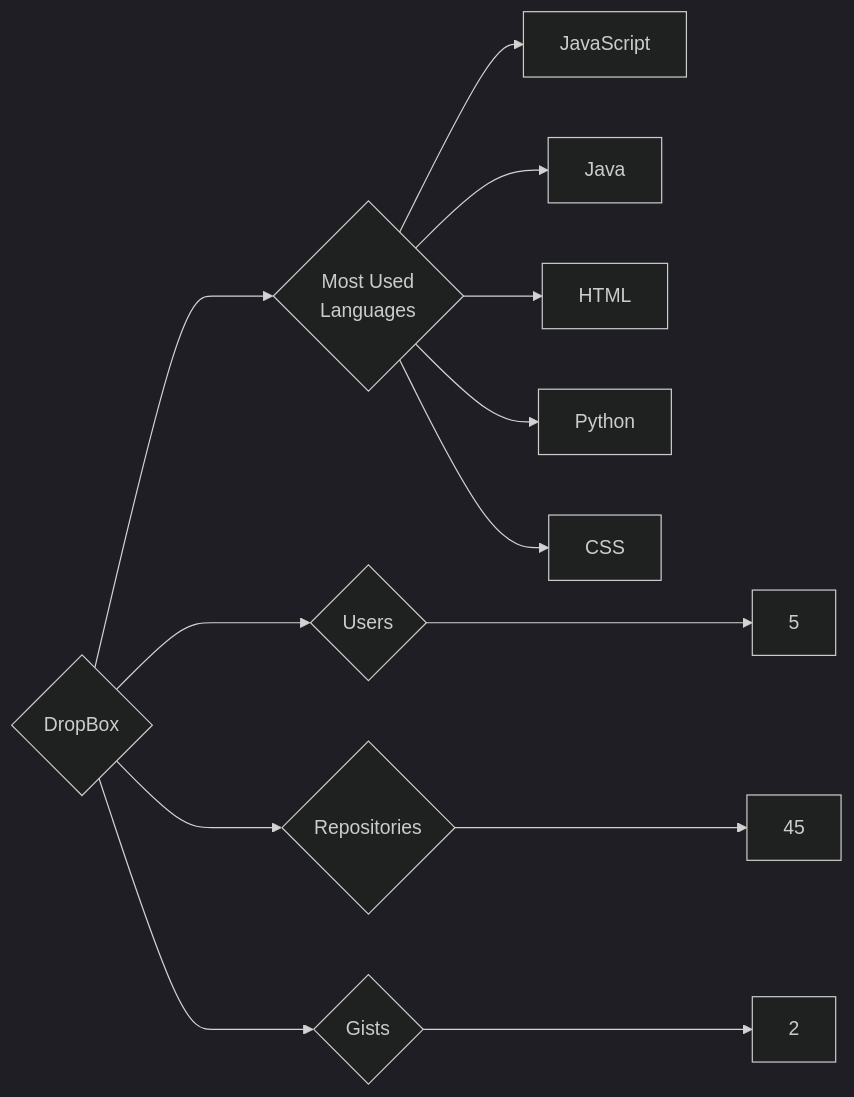
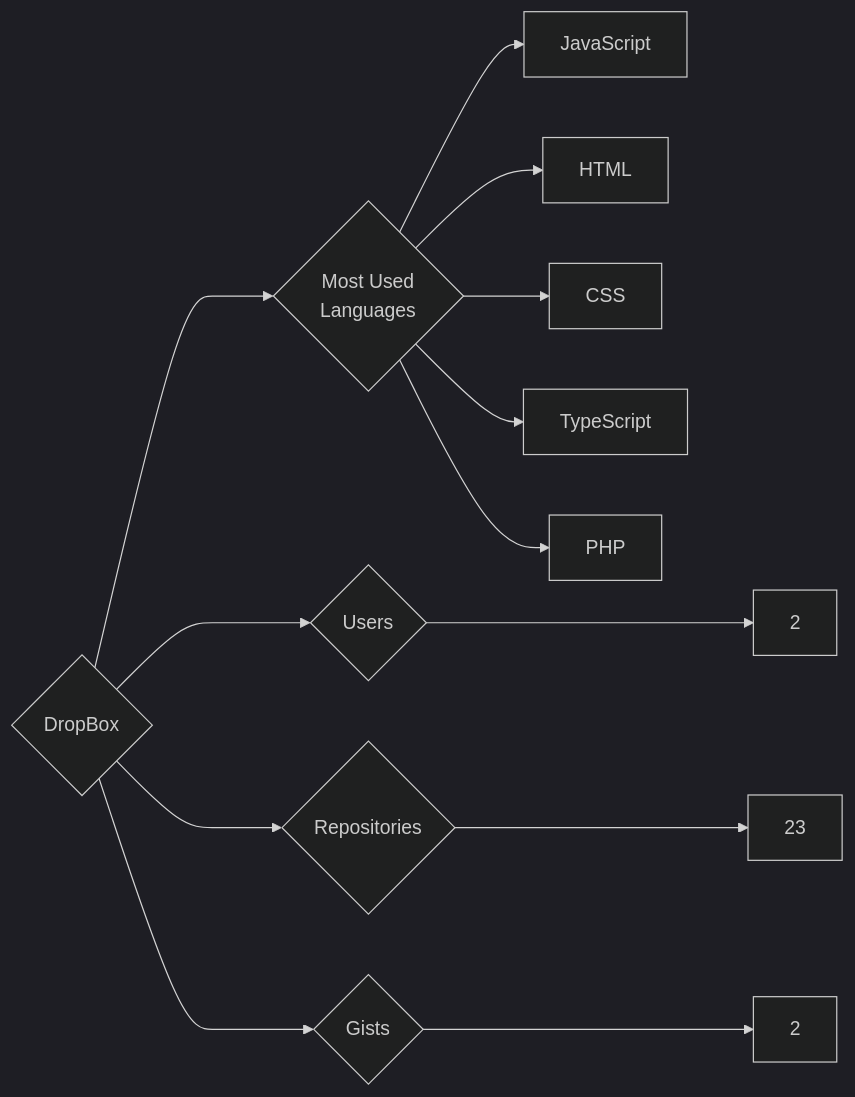
Before and after one commit to trickest/insiders: the diagram in targets/DropBox/README.md, drawn with Mermaid (dark theme). The commit also changed 1088 other files, not shown here.

````diff
--- a/targets/DropBox/README.md
+++ b/targets/DropBox/README.md
@@ -3,13 +3,13 @@
 ```mermaid
 graph LR
 COMPANY_NAME{DropBox}
-COMPANY_NAME ---> U{Users} ---> UN[5]
-COMPANY_NAME ---> R{Repositories} ---> RN[45]
+COMPANY_NAME ---> U{Users} ---> UN[2]
+COMPANY_NAME ---> R{Repositories} ---> RN[23]
 COMPANY_NAME ---> G{Gists} ---> GN[2]
 COMPANY_NAME ---> ML{Most Used<br>Languages}
 ML --> JavaScript[JavaScript]
-ML --> Java[Java]
 ML --> HTML[HTML]
-ML --> Python[Python]
 ML --> CSS[CSS]
+ML --> TypeScript[TypeScript]
+ML --> PHP[PHP]
 ```
````
